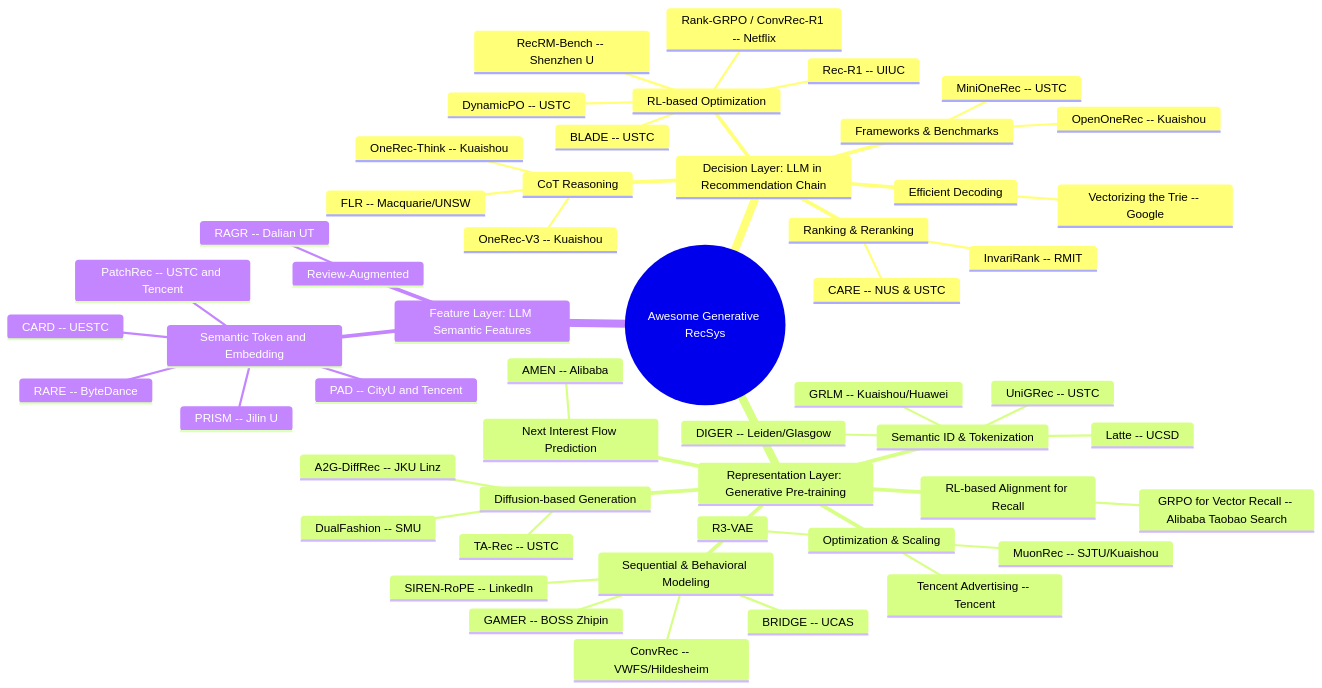
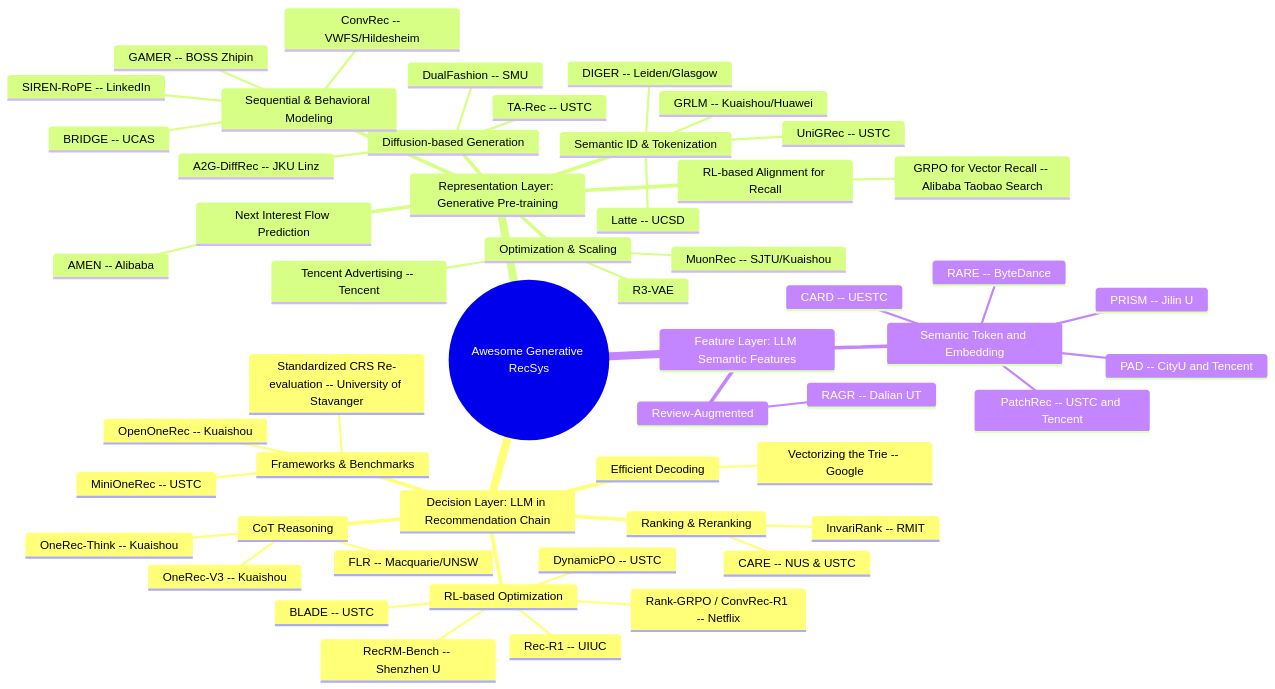
One commit to HaFred/awesome-generative-recsys changed the diagram in README.md. Above: the diagram before and after it, drawn with Mermaid. The commit also changed other lines of this file, not shown here.

Commit message:
feat: Add 5 missed papers (APG4RecSim, Standardized CRS Re-evaluation, Beyond Centralization, AgentGR, Every Preference Has Its Strength)

````diff
--- a/README.md
+++ b/README.md
@@ -6,55 +6,56 @@
 ```mermaid
 mindmap
   root((Awesome Generative RecSys))
     Decision Layer: LLM in Recommendation Chain
       CoT Reasoning
         OneRec-Think -- Kuaishou
         OneRec-V3 -- Kuaishou
         FLR -- Macquarie/UNSW
       RL-based Optimization
         Rank-GRPO / ConvRec-R1 -- Netflix
         Rec-R1 -- UIUC
         DynamicPO -- USTC
         RecRM-Bench -- Shenzhen U
         BLADE -- USTC
       Ranking & Reranking
         CARE -- NUS & USTC
         InvariRank -- RMIT
       Frameworks & Benchmarks
+        Standardized CRS Re-evaluation -- University of Stavanger
         OpenOneRec -- Kuaishou
         MiniOneRec -- USTC
       Efficient Decoding
         Vectorizing the Trie -- Google
     Representation Layer: Generative Pre-training
       Semantic ID & Tokenization
         Latte -- UCSD
         DIGER -- Leiden/Glasgow
         UniGRec -- USTC
         GRLM -- Kuaishou/Huawei
       Next Interest Flow Prediction
         AMEN -- Alibaba
       RL-based Alignment for Recall
         GRPO for Vector Recall -- Alibaba Taobao Search
       Diffusion-based Generation
         A2G-DiffRec -- JKU Linz
         TA-Rec -- USTC
         DualFashion -- SMU
       Sequential & Behavioral Modeling
         GAMER -- BOSS Zhipin
         SIREN-RoPE -- LinkedIn
         ConvRec -- VWFS/Hildesheim
         BRIDGE -- UCAS
       Optimization & Scaling
         MuonRec -- SJTU/Kuaishou
         R3-VAE
         Tencent Advertising -- Tencent
     Feature Layer: LLM Semantic Features
       Semantic Token and Embedding
         PatchRec -- USTC and Tencent
         PAD -- CityU and Tencent
         RARE -- ByteDance
         CARD -- UESTC
         PRISM -- Jilin U
       Review-Augmented
         RAGR -- Dalian UT
 ```
````
